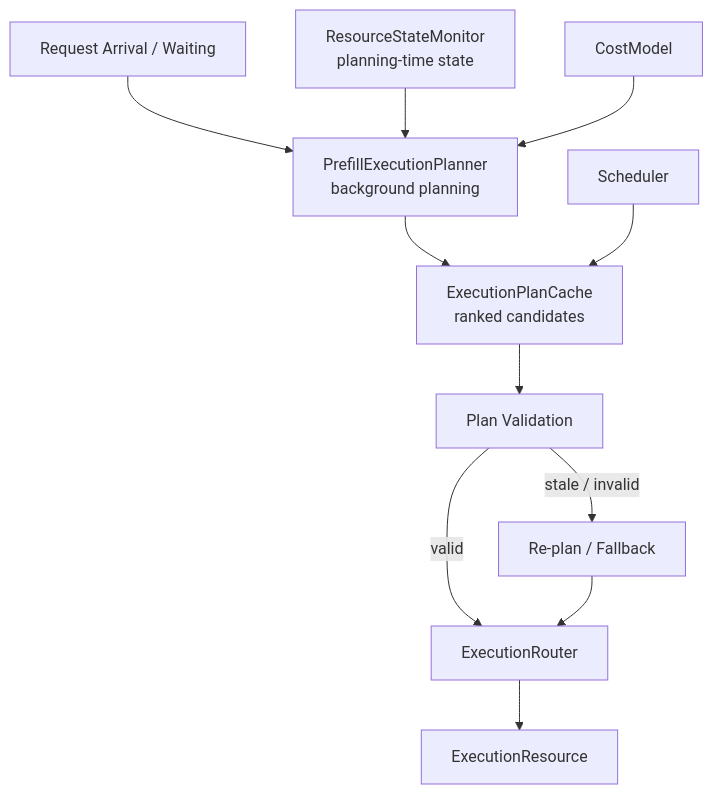
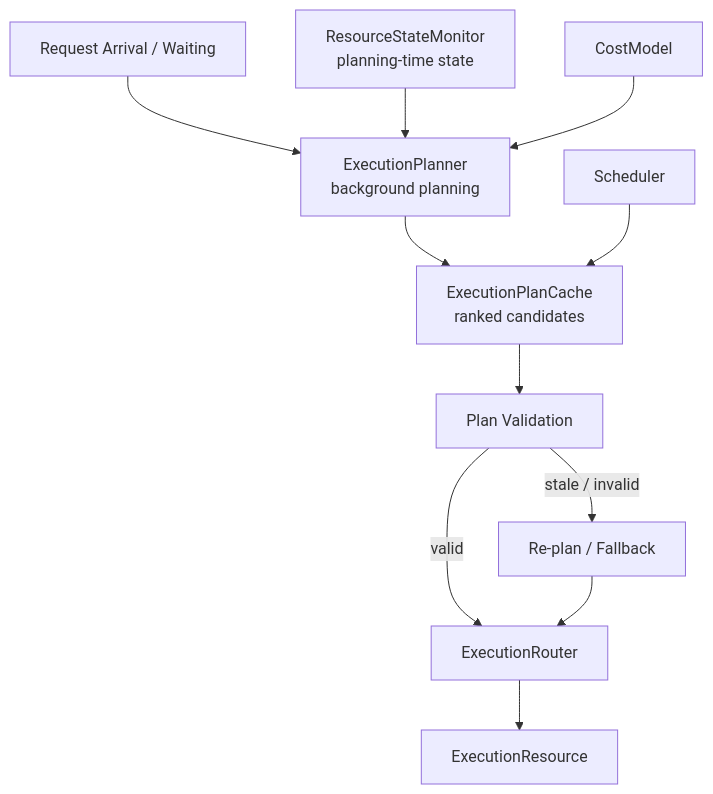
Before and after one commit to mkim0628/vllm: the third of 3 diagrams in doc-mk/DP2/dp2-prefill-execution-planning-decision-timing.md, drawn with Mermaid. The commit also changed other lines of this file and 7 other files, not shown here.

First line of the commit message:
DP2: Prefill/Decode execution planning scope, QA set and evaluation design

```diff
--- a/doc-mk/DP2/dp2-prefill-execution-planning-decision-timing.md
+++ b/doc-mk/DP2/dp2-prefill-execution-planning-decision-timing.md
@@ -117,21 +131,21 @@
 ~~~mermaid
 flowchart TD
     W["Request Arrival / Waiting"]
-    P["PrefillExecutionPlanner<br/>background planning"]
+    P["ExecutionPlanner<br/>background planning"]
     R["ResourceStateMonitor<br/>planning-time state"]
     C["CostModel"]
     PC["ExecutionPlanCache<br/>ranked candidates"]
     S["Scheduler"]
     V["Plan Validation"]
     E["ExecutionRouter"]
     X["ExecutionResource"]
     RP["Re-plan / Fallback"]
 
     W --> P
     R --> P
     C --> P
     P --> PC
     S --> PC --> V
     V -- valid --> E --> X
     V -- stale / invalid --> RP --> E
 ~~~
```
